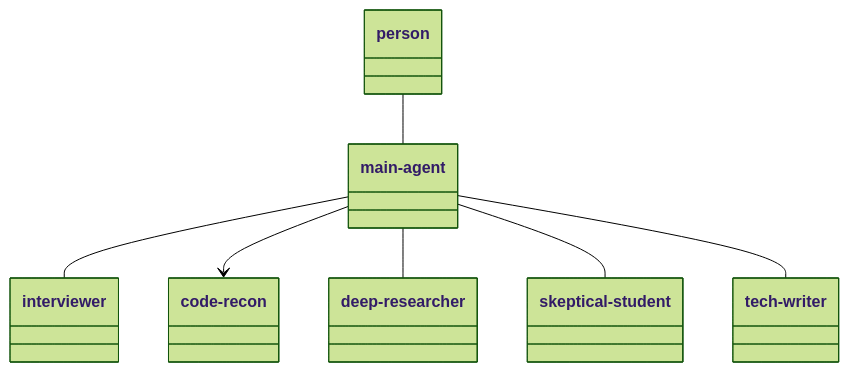
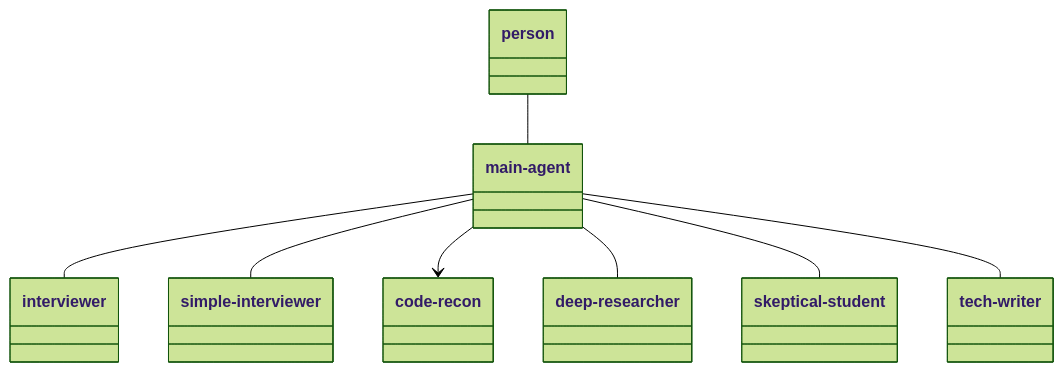
Before and after one commit to bloc0105/Primer: the first of 2 diagrams in learn-software-stack/commands/curriculum.md, drawn with Mermaid (forest theme). The commit also changed other lines of this file and 2 other files, not shown here.

````diff
--- a/learn-software-stack/commands/curriculum.md
+++ b/learn-software-stack/commands/curriculum.md
@@ -18,19 +17,21 @@
 ```mermaid
 classDiagram
   class person
   class main-agent
   class deep-researcher
   class code-recon
   class interviewer
   class skeptical-student
   class tech-writer
+  class simple-interviewer
 
   person -- main-agent
 
   main-agent -- interviewer
+  main-agent -- simple-interviewer
   main-agent --> code-recon
   main-agent -- deep-researcher
   main-agent -- skeptical-student
   main-agent -- tech-writer
 
 ```
````
